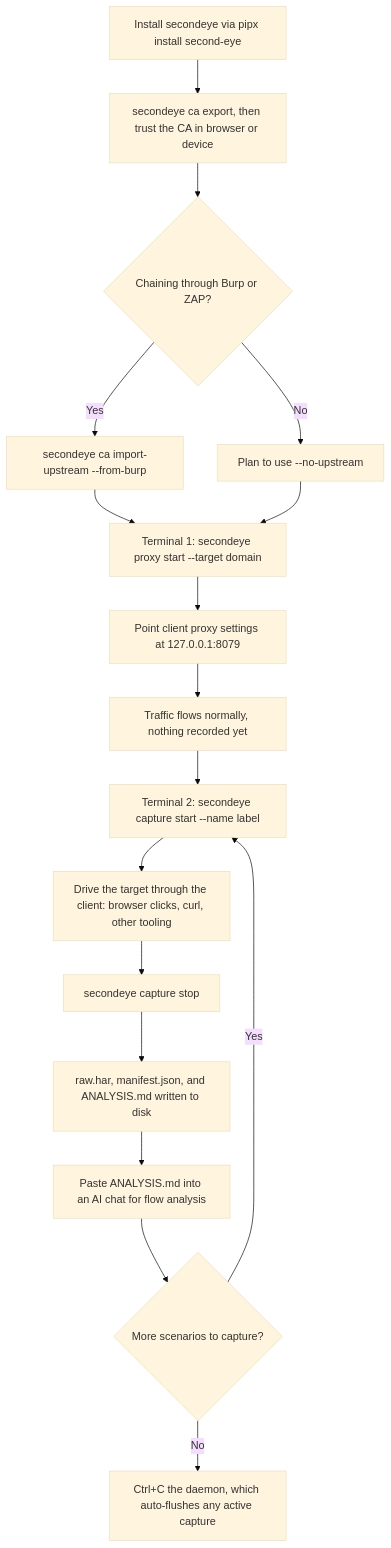
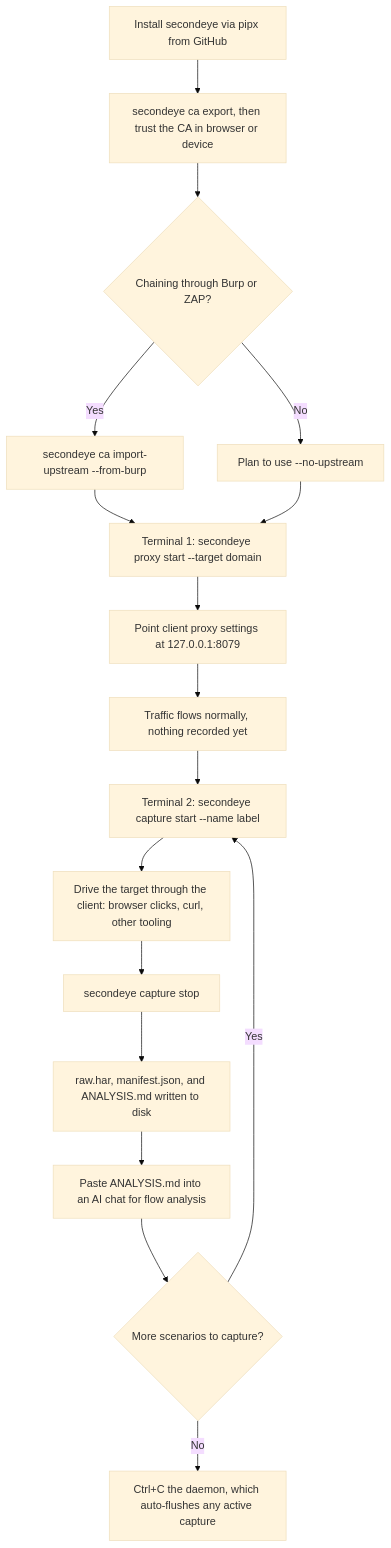
Before and after one commit to ridgebackinfosec/second-eye: the first of 2 diagrams in docs/ARCHITECTURE.md, drawn with Mermaid (base theme). The commit also changed 11 other files, not shown here.

````diff
--- a/docs/ARCHITECTURE.md
+++ b/docs/ARCHITECTURE.md
@@ -9,19 +9,19 @@
 ```mermaid
 flowchart TD
-    A[Install secondeye via pipx install second-eye] --> B[secondeye ca export, then trust the CA in browser or device]
+    A[Install secondeye via pipx from GitHub] --> B[secondeye ca export, then trust the CA in browser or device]
     B --> C{Chaining through Burp or ZAP?}
     C -->|Yes| D[secondeye ca import-upstream --from-burp]
     C -->|No| E[Plan to use --no-upstream]
     D --> F[Terminal 1: secondeye proxy start --target domain]
     E --> F
     F --> G[Point client proxy settings at 127.0.0.1:8079]
     G --> H[Traffic flows normally, nothing recorded yet]
     H --> I[Terminal 2: secondeye capture start --name label]
     I --> J[Drive the target through the client: browser clicks, curl, other tooling]
     J --> K[secondeye capture stop]
     K --> L[raw.har, manifest.json, and ANALYSIS.md written to disk]
     L --> M[Paste ANALYSIS.md into an AI chat for flow analysis]
     M --> N{More scenarios to capture?}
     N -->|Yes| I
     N -->|No| O[Ctrl+C the daemon, which auto-flushes any active capture]
 ```
````
